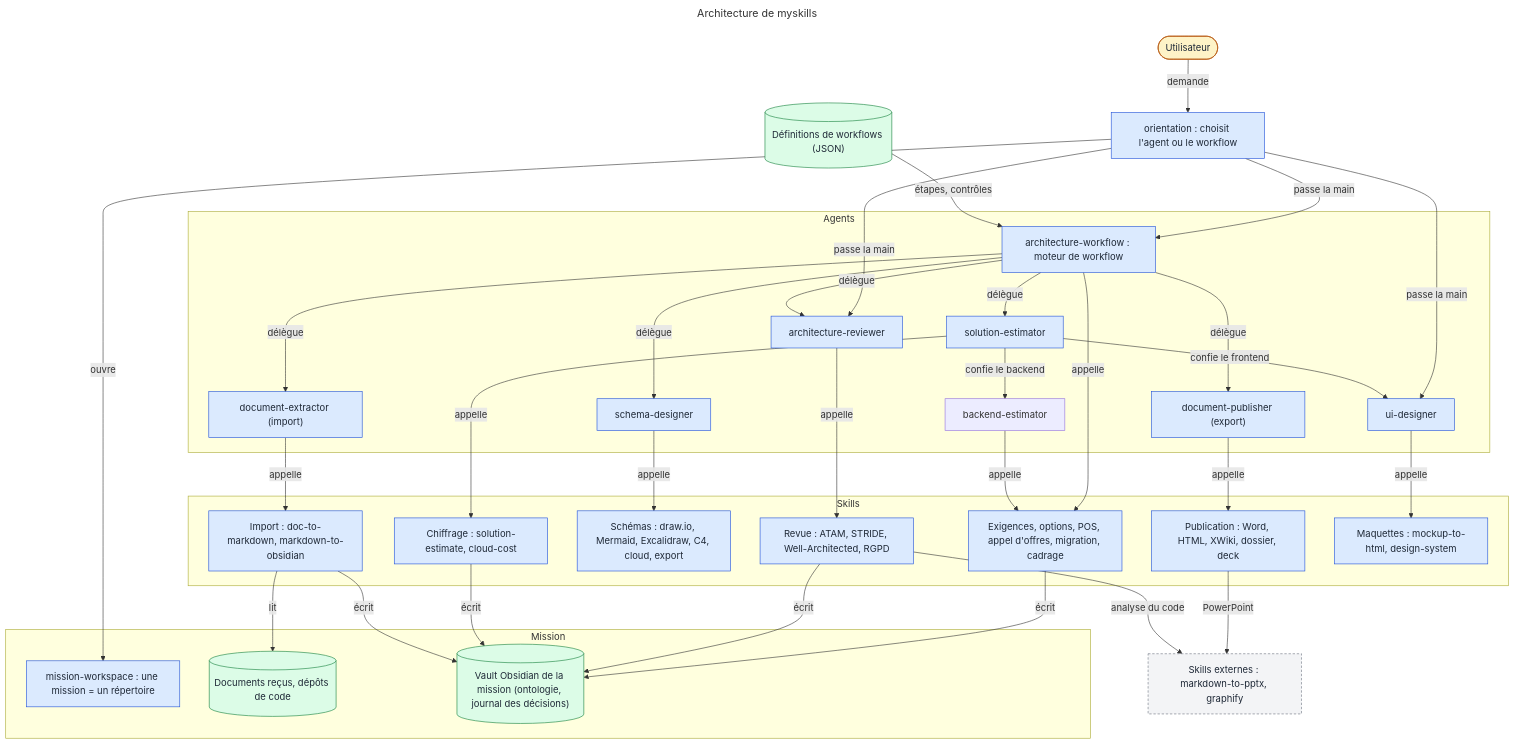
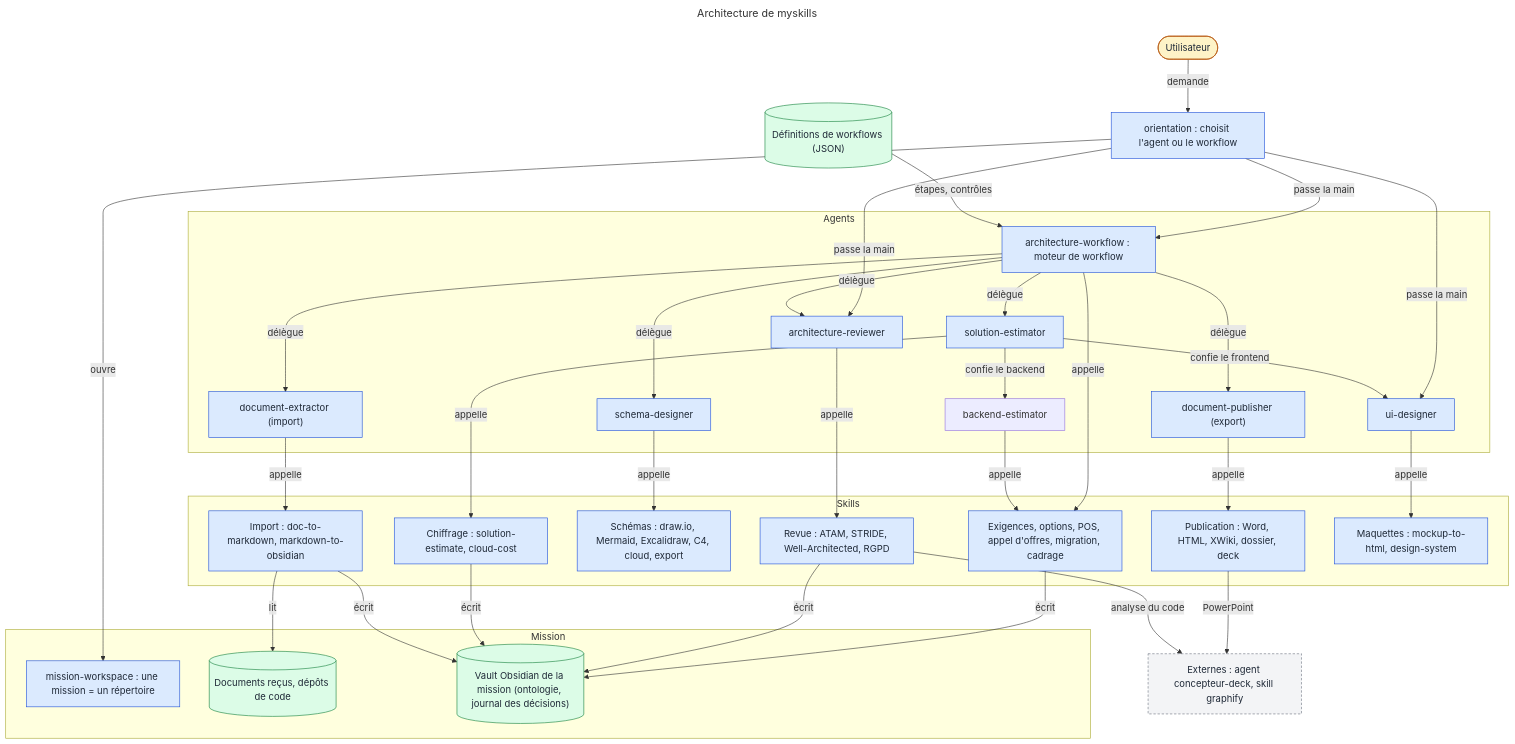
One commit to RenaudVanhille/myskills changed the diagram in README.md. Above: the diagram before and after it, drawn with Mermaid. The commit also changed other lines of this file and 70 other files, not shown here.

First line of the commit message:
feat(markdown-publish)!: PowerPoint délégué à l'agent externe concepteur-deck (#150)

````diff
--- a/README.md
+++ b/README.md
@@ -224,70 +224,70 @@
 ```mermaid
 ---
 title: "Architecture de myskills"
 ---
 flowchart TD
   subgraph g1["Mission"]
     mission["mission-workspace : une mission = un répertoire"]
     docs[("Documents reçus, dépôts de code")]
     vault[("Vault Obsidian de la mission (ontologie, journal des décisions)")]
   end
   subgraph g2["Agents"]
     engine["architecture-workflow : moteur de workflow"]
     extractor["document-extractor (import)"]
     designer["schema-designer"]
     reviewer["architecture-reviewer"]
     estimator["solution-estimator"]
     backend["backend-estimator"]
     publisher["document-publisher (export)"]
     ui["ui-designer"]
   end
   subgraph g3["Skills"]
     s_import["Import : doc-to-markdown, markdown-to-obsidian"]
     s_archi["Exigences, options, POS, appel d'offres, migration, cadrage"]
     s_schemas["Schémas : draw.io, Mermaid, Excalidraw, C4, cloud, export"]
     s_revue["Revue : ATAM, STRIDE, Well-Architected, RGPD"]
     s_chiffrage["Chiffrage : solution-estimate, cloud-cost"]
     s_publi["Publication : Word, HTML, XWiki, dossier, deck"]
     s_ui["Maquettes : mockup-to-html, design-system"]
   end
   user(["Utilisateur"])
   orientation["orientation : choisit l'agent ou le workflow"]
   workflows[("Définitions de workflows (JSON)")]
-  ext["Skills externes : markdown-to-pptx, graphify"]
+  ext["Externes : agent concepteur-deck, skill graphify"]
   user -->|"demande"| orientation
   orientation -->|"ouvre"| mission
   orientation -->|"passe la main"| engine
   orientation -->|"passe la main"| reviewer
   workflows -->|"étapes, contrôles"| engine
   engine -->|"délègue"| extractor
   engine -->|"délègue"| designer
   engine -->|"délègue"| reviewer
   engine -->|"délègue"| estimator
   engine -->|"délègue"| publisher
   orientation -->|"passe la main"| ui
   ui -->|"appelle"| s_ui
   engine -->|"appelle"| s_archi
   extractor -->|"appelle"| s_import
   designer -->|"appelle"| s_schemas
   reviewer -->|"appelle"| s_revue
   estimator -->|"appelle"| s_chiffrage
   estimator -->|"confie le backend"| backend
   estimator -->|"confie le frontend"| ui
   backend -->|"appelle"| s_archi
   publisher -->|"appelle"| s_publi
   s_import -->|"lit"| docs
   s_archi -->|"écrit"| vault
   s_revue -->|"écrit"| vault
   s_chiffrage -->|"écrit"| vault
   s_import -->|"écrit"| vault
   s_publi -->|"PowerPoint"| ext
   s_revue -->|"analyse du code"| ext
   classDef db fill:#dcfce7,stroke:#15803d,color:#1f2937
   classDef external fill:#f3f4f6,stroke:#6b7280,color:#1f2937,stroke-dasharray:4 3
   classDef person fill:#fef3c7,stroke:#b45309,color:#1f2937
   classDef system fill:#dbeafe,stroke:#1d4ed8,color:#1f2937
   class docs,workflows,vault db
   class ext external
   class user person
   class orientation,mission,engine,extractor,designer,reviewer,estimator,publisher,ui,s_import,s_archi,s_schemas,s_revue,s_chiffrage,s_publi,s_ui system
 ```
````
